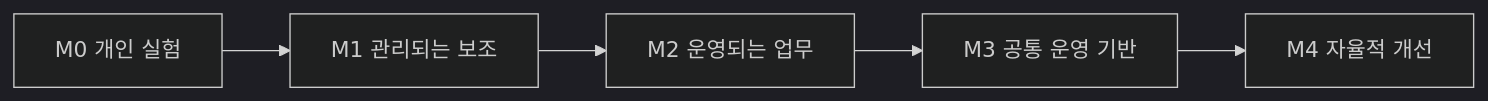
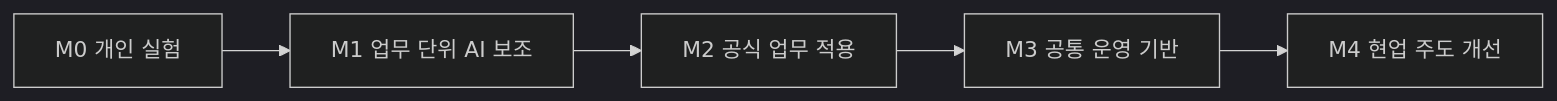
Before and after one commit to woogi-kang/ax-engineer-roadmap: the diagram in organization-maturity/README.md, drawn with Mermaid (dark theme). The commit also changed other lines of this file and 217 other files, not shown here.

First line of the commit message:
docs: refresh AX roadmap and retire legacy site (#29)

````diff
--- a/organization-maturity/README.md
+++ b/organization-maturity/README.md
@@ -15,7 +15,7 @@
 ```mermaid
 flowchart LR
-    M0["M0 개인 실험"] --> M1["M1 관리되는 보조"]
-    M1 --> M2["M2 운영되는 업무"]
+    M0["M0 개인 실험"] --> M1["M1 업무 단위 AI 보조"]
+    M1 --> M2["M2 공식 업무 적용"]
     M2 --> M3["M3 공통 운영 기반"]
-    M3 --> M4["M4 자율적 개선"]
+    M3 --> M4["M4 현업 주도 개선"]
 ```
````
